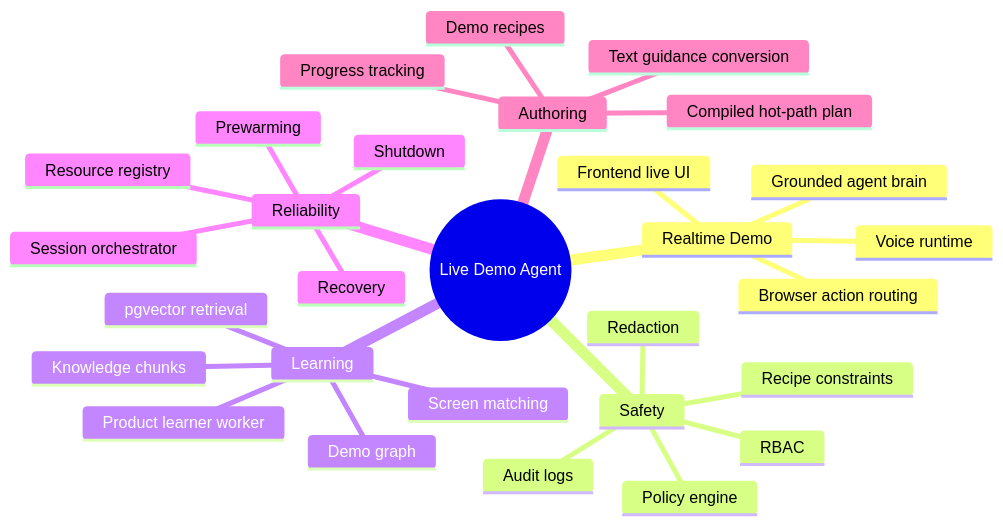
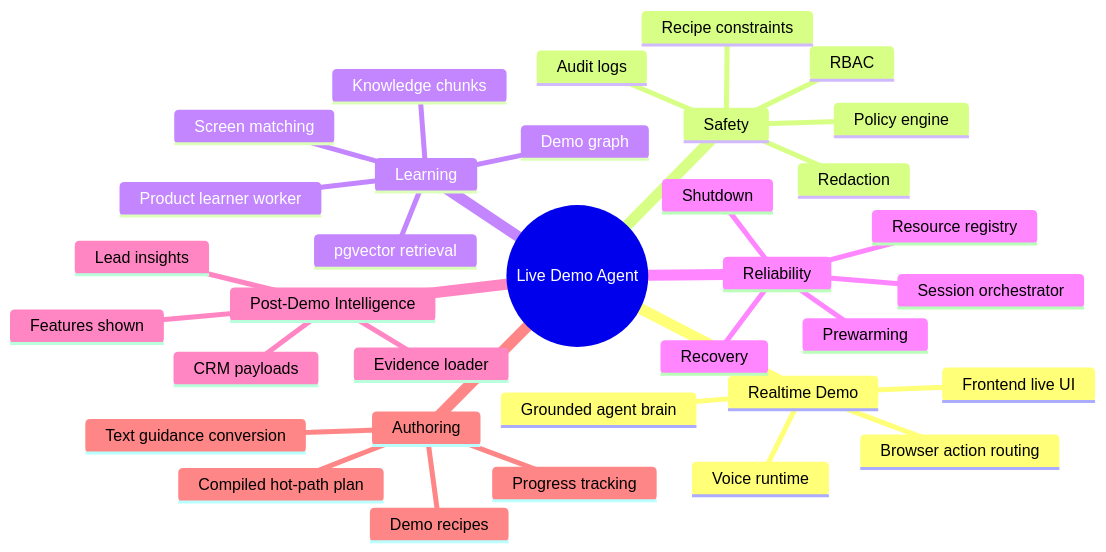
Before and after one commit to roshaninfordham/personalised-demo-ai-agent: the first of 4 diagrams in docs/README.md, drawn with Mermaid. The commit also changed other lines of this file and 3 other files, not shown here.

Commit message:
Document post-demo intelligence architecture

````diff
--- a/docs/README.md
+++ b/docs/README.md
@@ -23,32 +24,37 @@
 ```mermaid
 mindmap
   root((Live Demo Agent))
     Realtime Demo
       Voice runtime
       Grounded agent brain
       Browser action routing
       Frontend live UI
     Safety
       Policy engine
       RBAC
       Audit logs
       Redaction
       Recipe constraints
     Learning
       Product learner worker
       Demo graph
       Screen matching
       Knowledge chunks
       pgvector retrieval
     Reliability
       Session orchestrator
       Prewarming
       Recovery
       Shutdown
       Resource registry
+    Post-Demo Intelligence
+      Evidence loader
+      Lead insights
+      Features shown
+      CRM payloads
     Authoring
       Demo recipes
       Text guidance conversion
       Compiled hot-path plan
       Progress tracking
 ```
````
